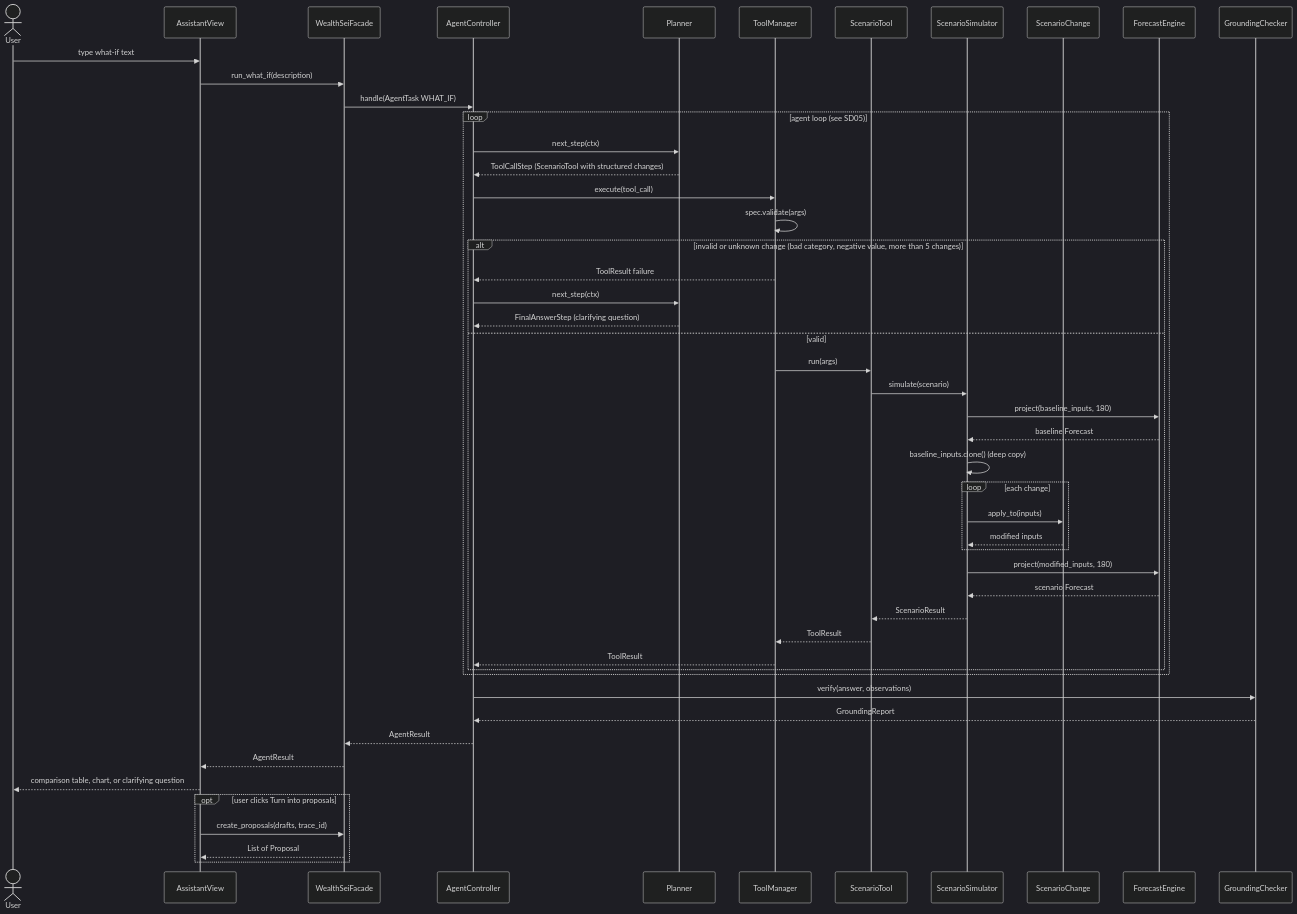
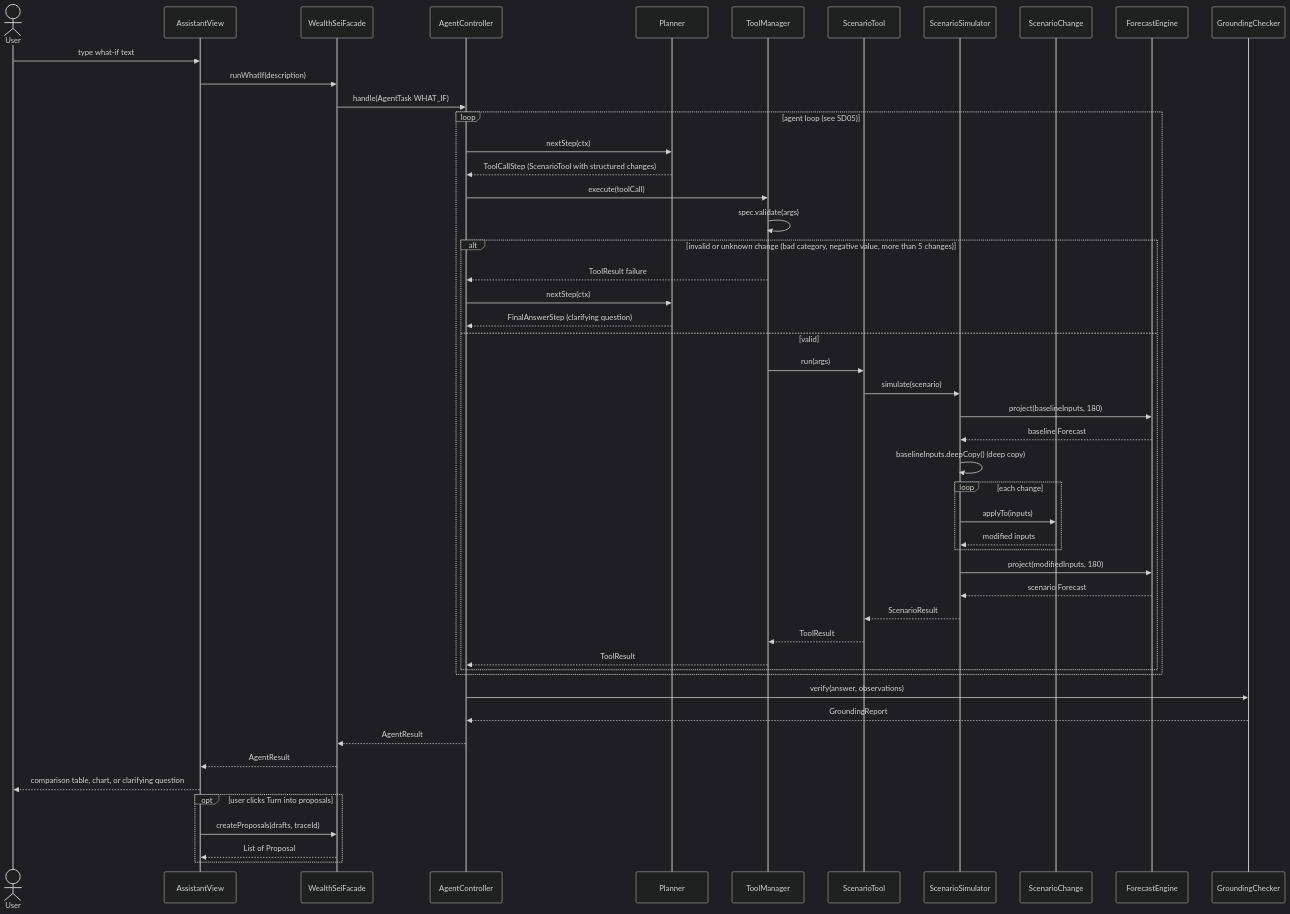
Diagram 16 of 20 in docs/WealthSei_Stage1_Report.md (Rishit-Shah/EECS-3311-Project---WealthSei), drawn with Mermaid (dark theme) before and after one commit. The commit also changed other lines of this file, not shown here.

````diff
--- a/docs/WealthSei_Stage1_Report.md
+++ b/docs/WealthSei_Stage1_Report.md
@@ -2081,53 +2098,53 @@
 ```mermaid
 sequenceDiagram
     actor User
     participant AV as AssistantView
     participant F as WealthSeiFacade
     participant AC as AgentController
     participant PL as Planner
     participant TM as ToolManager
     participant ST as ScenarioTool
     participant SS as ScenarioSimulator
     participant SCH as ScenarioChange
     participant FE as ForecastEngine
     participant GC as GroundingChecker
 
     User->>AV: type what-if text
-    AV->>F: run_what_if(description)
+    AV->>F: runWhatIf(description)
     F->>AC: handle(AgentTask WHAT_IF)
     loop agent loop (see SD05)
-        AC->>PL: next_step(ctx)
+        AC->>PL: nextStep(ctx)
         PL-->>AC: ToolCallStep (ScenarioTool with structured changes)
-        AC->>TM: execute(tool_call)
+        AC->>TM: execute(toolCall)
         TM->>TM: spec.validate(args)
         alt invalid or unknown change (bad category, negative value, more than 5 changes)
             TM-->>AC: ToolResult failure
-            AC->>PL: next_step(ctx)
+            AC->>PL: nextStep(ctx)
             PL-->>AC: FinalAnswerStep (clarifying question)
         else valid
             TM->>ST: run(args)
             ST->>SS: simulate(scenario)
-            SS->>FE: project(baseline_inputs, 180)
+            SS->>FE: project(baselineInputs, 180)
             FE-->>SS: baseline Forecast
-            SS->>SS: baseline_inputs.clone() (deep copy)
+            SS->>SS: baselineInputs.deepCopy() (deep copy)
             loop each change
-                SS->>SCH: apply_to(inputs)
+                SS->>SCH: applyTo(inputs)
                 SCH-->>SS: modified inputs
             end
-            SS->>FE: project(modified_inputs, 180)
+            SS->>FE: project(modifiedInputs, 180)
             FE-->>SS: scenario Forecast
             SS-->>ST: ScenarioResult
             ST-->>TM: ToolResult
             TM-->>AC: ToolResult
         end
     end
     AC->>GC: verify(answer, observations)
     GC-->>AC: GroundingReport
     AC-->>F: AgentResult
     F-->>AV: AgentResult
     AV-->>User: comparison table, chart, or clarifying question
     opt user clicks Turn into proposals
-        AV->>F: create_proposals(drafts, trace_id)
+        AV->>F: createProposals(drafts, traceId)
         F-->>AV: List of Proposal
     end
 ```
````
